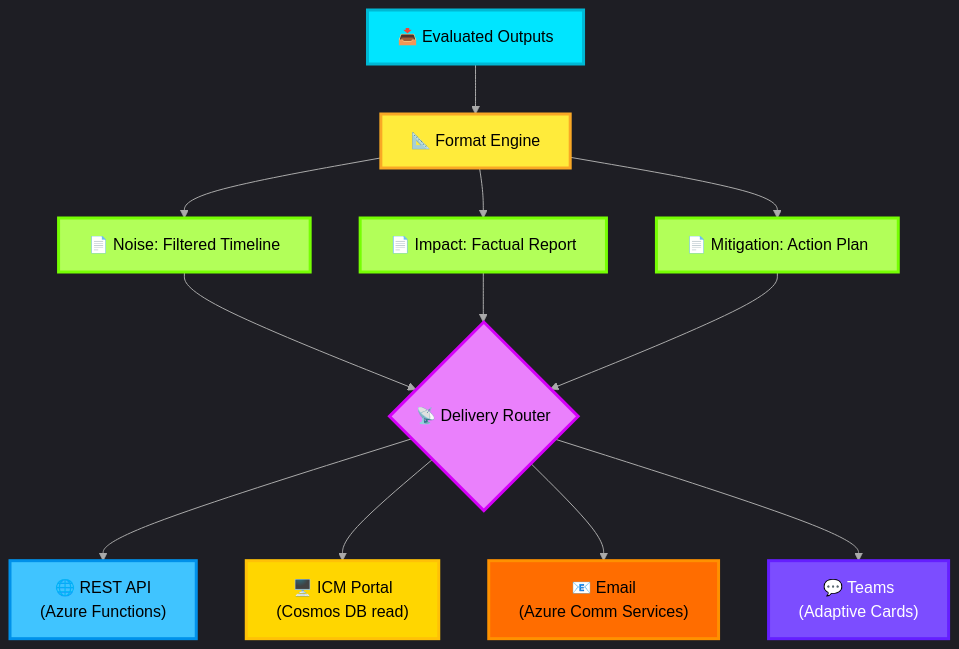
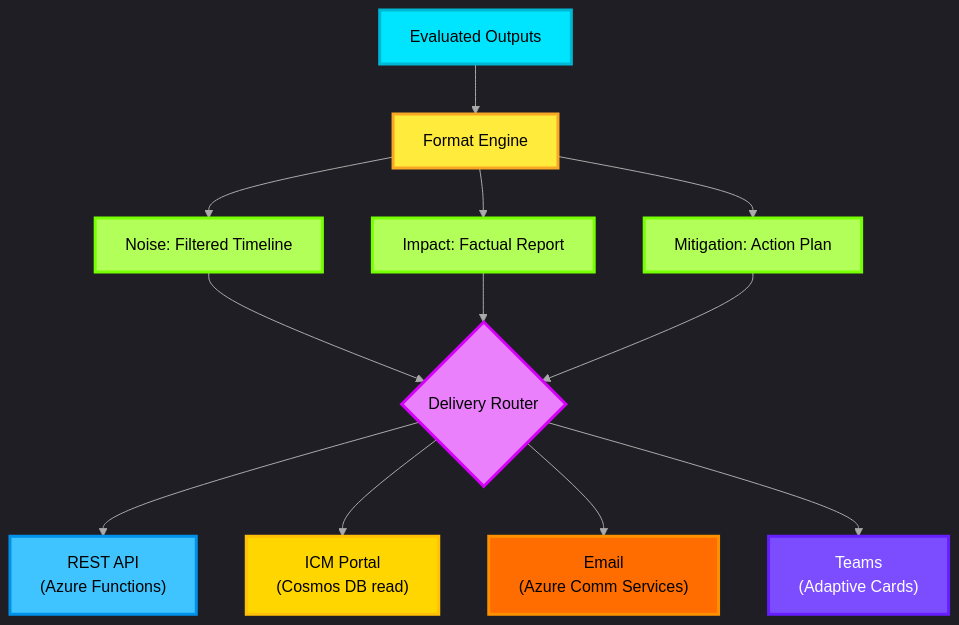
Before and after one commit to thanhauco/agentic-ai-icm-system: the diagram in docs/11-output-layer.md, drawn with Mermaid. The commit also changed 1 other file, not shown here.

Commit message:
docs: Add initial documentation for all major system components of the agentic AI ICM system.

````diff
--- a/docs/11-output-layer.md
+++ b/docs/11-output-layer.md
@@ -9,24 +9,24 @@
 ```mermaid
 %%{init: {'theme': 'dark', 'themeVariables': {'lineColor': '#AAAAAA'}}}%%
 graph TD
-    A["📥 Evaluated Outputs"] --> B["📐 Format Engine"]
-    B --> C["📄 Noise: Filtered Timeline"]
-    B --> D["📄 Impact: Factual Report"]
-    B --> E["📄 Mitigation: Action Plan"]
-    C & D & E --> F{"📡 Delivery Router"}
-    F --> G["🌐 REST API<br>(Azure Functions)"]
-    F --> H["🖥️ ICM Portal<br>(Cosmos DB read)"]
-    F --> I["📧 Email<br>(Azure Comm Services)"]
-    F --> J["💬 Teams<br>(Adaptive Cards)"]
+ A["Evaluated Outputs"] --> B["Format Engine"]
+ B --> C["Noise: Filtered Timeline"]
+ B --> D["Impact: Factual Report"]
+ B --> E["Mitigation: Action Plan"]
+ C & D & E --> F{"Delivery Router"}
+ F --> G["REST API<br>(Azure Functions)"]
+ F --> H["ICM Portal<br>(Cosmos DB read)"]
+ F --> I["Email<br>(Azure Comm Services)"]
+ F --> J["Teams<br>(Adaptive Cards)"]
 
-    style A fill:#00E5FF,stroke:#00B8D4,stroke-width:3px,color:#000
-    style B fill:#FFEB3B,stroke:#F9A825,stroke-width:3px,color:#000
-    style C fill:#B2FF59,stroke:#76FF03,stroke-width:3px,color:#000
-    style D fill:#B2FF59,stroke:#76FF03,stroke-width:3px,color:#000
-    style E fill:#B2FF59,stroke:#76FF03,stroke-width:3px,color:#000
-    style F fill:#EA80FC,stroke:#D500F9,stroke-width:3px,color:#000
-    style G fill:#40C4FF,stroke:#0091EA,stroke-width:3px,color:#000
-    style H fill:#FFD600,stroke:#FFC107,stroke-width:3px,color:#000
-    style I fill:#FF6D00,stroke:#FF9100,stroke-width:3px,color:#000
-    style J fill:#7C4DFF,stroke:#651FFF,stroke-width:3px,color:#fff
+ style A fill:#00E5FF,stroke:#00B8D4,stroke-width:3px,color:#000
+ style B fill:#FFEB3B,stroke:#F9A825,stroke-width:3px,color:#000
+ style C fill:#B2FF59,stroke:#76FF03,stroke-width:3px,color:#000
+ style D fill:#B2FF59,stroke:#76FF03,stroke-width:3px,color:#000
+ style E fill:#B2FF59,stroke:#76FF03,stroke-width:3px,color:#000
+ style F fill:#EA80FC,stroke:#D500F9,stroke-width:3px,color:#000
+ style G fill:#40C4FF,stroke:#0091EA,stroke-width:3px,color:#000
+ style H fill:#FFD600,stroke:#FFC107,stroke-width:3px,color:#000
+ style I fill:#FF6D00,stroke:#FF9100,stroke-width:3px,color:#000
+ style J fill:#7C4DFF,stroke:#651FFF,stroke-width:3px,color:#fff
 ```
````
